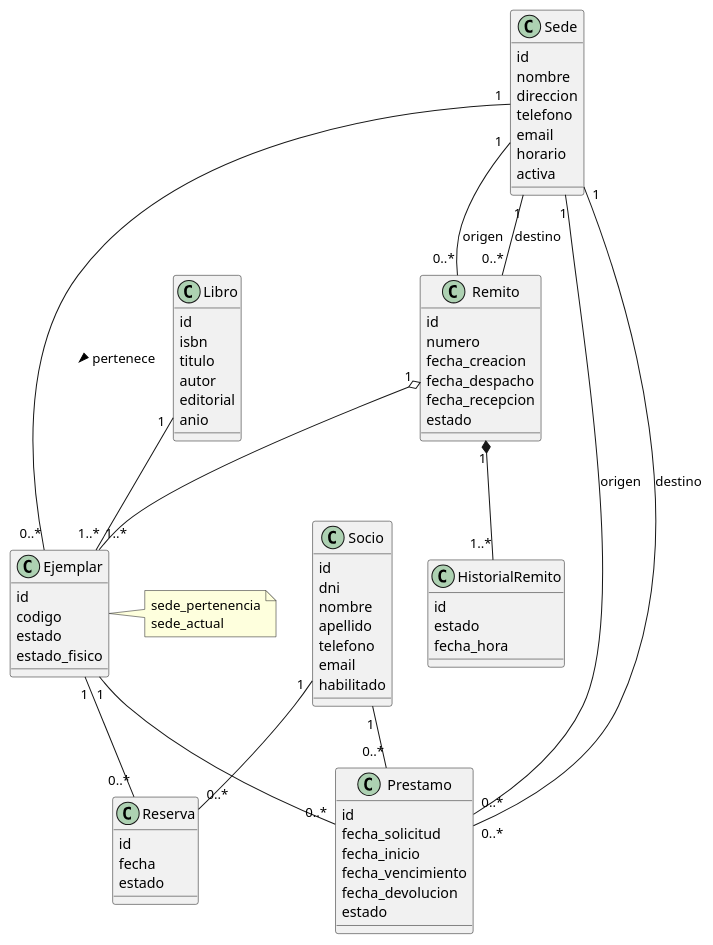
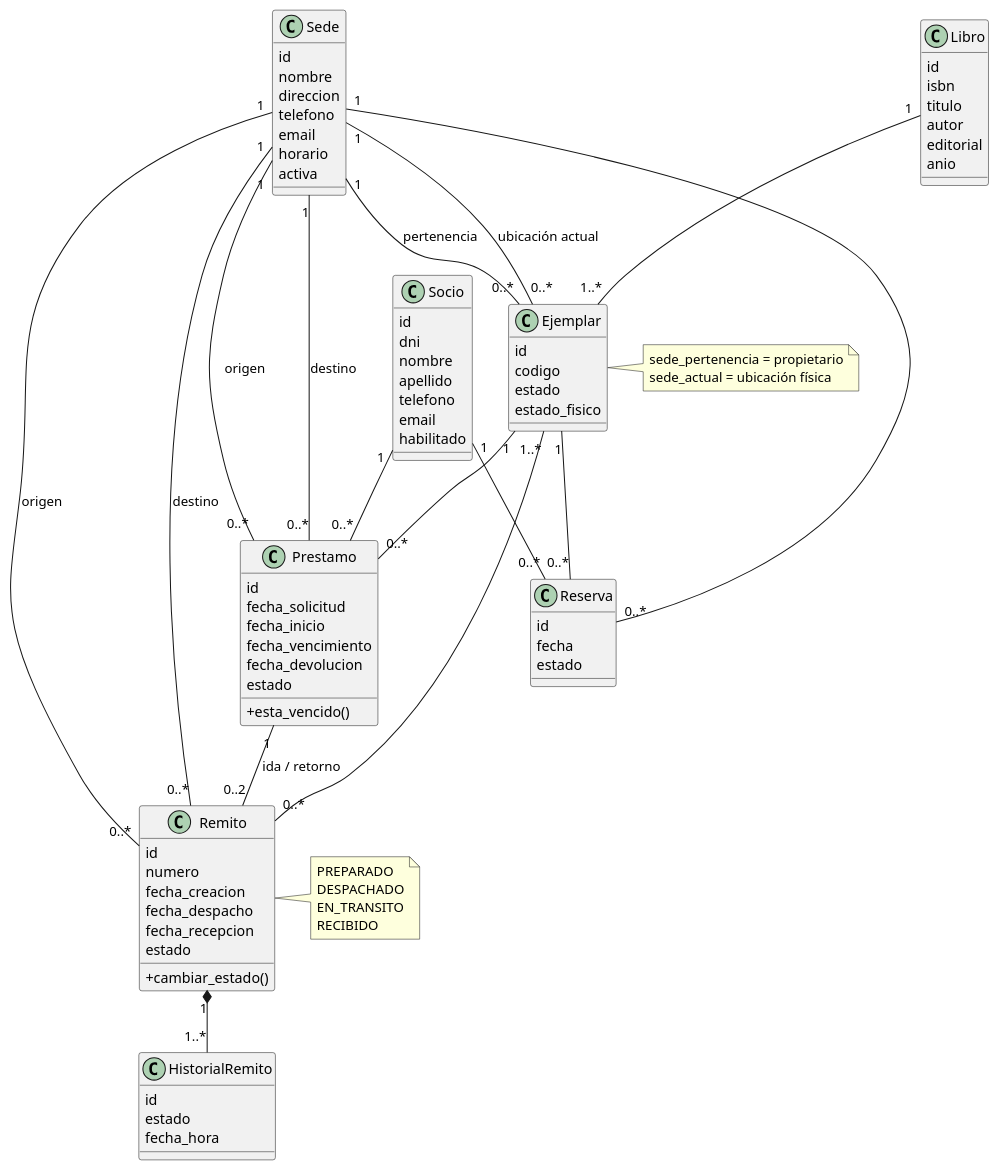
One commit to franciscovitar/tp-DAO changed the diagram in docs/modelo.puml. Above: the diagram before and after it, drawn with PlantUML. The commit also changed 10 other files, not shown here.

```diff
--- a/docs/modelo.puml
+++ b/docs/modelo.puml
@@ -1,87 +1,102 @@
 @startuml
 skinparam classAttributeIconSize 0
 
 class Sede {
   id
   nombre
   direccion
   telefono
   email
   horario
   activa
 }
 
 class Socio {
   id
   dni
   nombre
   apellido
   telefono
   email
   habilitado
 }
 
 class Libro {
   id
   isbn
   titulo
   autor
   editorial
   anio
 }
 
 class Ejemplar {
   id
   codigo
   estado
   estado_fisico
 }
 
 class Prestamo {
   id
   fecha_solicitud
   fecha_inicio
   fecha_vencimiento
   fecha_devolucion
   estado
+  + esta_vencido()
 }
 
 class Reserva {
   id
   fecha
   estado
 }
 
 class Remito {
   id
   numero
   fecha_creacion
   fecha_despacho
   fecha_recepcion
   estado
+  + cambiar_estado()
 }
 
 class HistorialRemito {
   id
   estado
   fecha_hora
 }
 
-Sede "1" -- "0..*" Ejemplar : pertenece >
 Libro "1" -- "1..*" Ejemplar
+Sede "1" -- "0..*" Ejemplar : pertenencia
+Sede "1" -- "0..*" Ejemplar : ubicación actual
+
 Socio "1" -- "0..*" Prestamo
 Ejemplar "1" -- "0..*" Prestamo
+Sede "1" -- "0..*" Prestamo : origen
+Sede "1" -- "0..*" Prestamo : destino
+
 Socio "1" -- "0..*" Reserva
 Ejemplar "1" -- "0..*" Reserva
-Sede "1" -- "0..*" Prestamo : origen
-Sede "1" -- "0..*" Prestamo : destino
+Sede "1" -- "0..*" Reserva
+
+Prestamo "1" -- "0..2" Remito : ida / retorno
 Sede "1" -- "0..*" Remito : origen
 Sede "1" -- "0..*" Remito : destino
-Remito "1" o-- "1..*" Ejemplar
+Remito "0..*" -- "1..*" Ejemplar
 Remito "1" *-- "1..*" HistorialRemito
 
 note right of Ejemplar
-  sede_pertenencia
-  sede_actual
+  sede_pertenencia = propietario
+  sede_actual = ubicación física
+end note
+
+note right of Remito
+  PREPARADO
+  DESPACHADO
+  EN_TRANSITO
+  RECIBIDO
 end note
 @enduml
```
